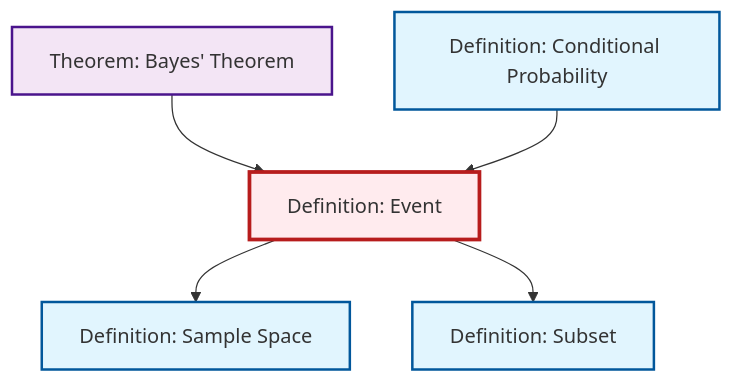
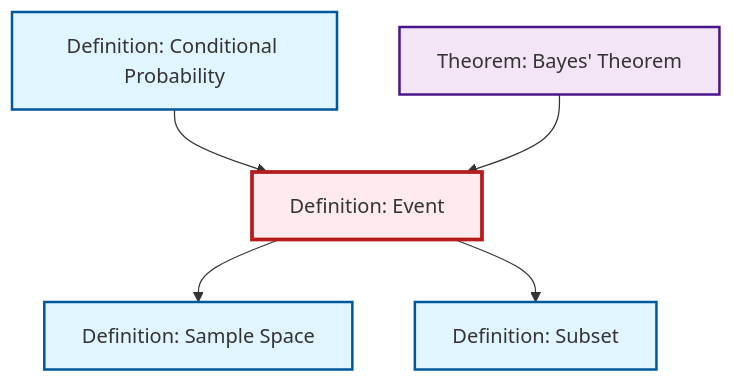
The diagram in content/en/probability-statistics/def-event.qmd (RK0429/ModernMath), drawn with Mermaid before and after one commit. The commit also changed other lines of this file and 417 other files, not shown here.

````diff
--- a/content/en/probability-statistics/def-event.qmd
+++ b/content/en/probability-statistics/def-event.qmd
@@ -69,23 +69,23 @@
 ```{mermaid}
 %%| fig-cap: "Local dependency graph"
 graph TD
     classDef definition fill:#e1f5fe,stroke:#01579b,stroke-width:2px
     classDef theorem fill:#f3e5f5,stroke:#4a148c,stroke-width:2px
     classDef axiom fill:#fff3e0,stroke:#e65100,stroke-width:2px
     classDef example fill:#e8f5e9,stroke:#1b5e20,stroke-width:2px
     classDef current fill:#ffebee,stroke:#b71c1c,stroke-width:3px
+    def-sample-space["Definition: Sample Space"]:::definition
+    thm-bayes["Theorem: Bayes' Theorem"]:::theorem
+    def-event["Definition: Event"]:::definition
+    def-subset["Definition: Subset"]:::definition
     def-conditional-probability["Definition: Conditional Probability"]:::definition
-    thm-bayes["Theorem: Bayes' Theorem"]:::theorem
-    def-sample-space["Definition: Sample Space"]:::definition
-    def-subset["Definition: Subset"]:::definition
-    def-event["Definition: Event"]:::definition
-    thm-bayes --> def-event
     def-event --> def-sample-space
     def-conditional-probability --> def-event
     def-event --> def-subset
+    thm-bayes --> def-event
     class def-event current
+    click def-sample-space "def-sample-space.html" "Go to Sample Space definition"
+    click thm-bayes "thm-bayes.html" "Go to Bayes' Theorem theorem"
+    click def-subset "def-subset.html" "Go to Subset definition"
     click def-conditional-probability "def-conditional-probability.html" "Go to Conditional Probability definition"
-    click thm-bayes "thm-bayes.html" "Go to Bayes' Theorem theorem"
-    click def-sample-space "def-sample-space.html" "Go to Sample Space definition"
-    click def-subset "def-subset.html" "Go to Subset definition"
 ```
````
